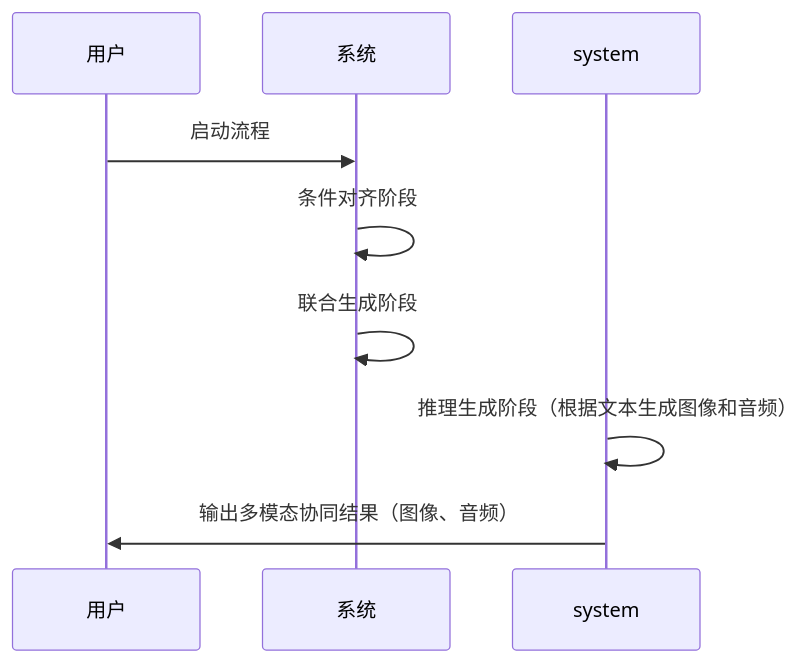
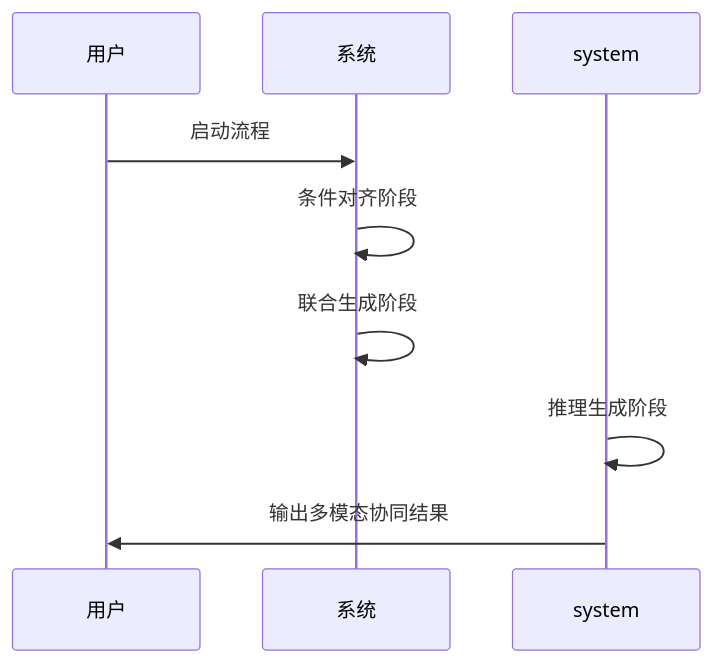
Before and after one commit to Let-9/iodraw-files: the diagram in all/未命名-3.md, drawn with Mermaid.

Commit message:
2024-12-10 11:24:56 update

````diff
--- a/all/未命名-3.md
+++ b/all/未命名-3.md
@@ -1,10 +1,10 @@
 ```mermaid
 sequenceDiagram
     participant 用户 as 用户
     participant 系统 as 系统
     用户 ->> 系统: 启动流程
     系统 ->> 系统: 条件对齐阶段
     系统 ->> 系统: 联合生成阶段
-    system ->> system: 推理生成阶段（根据文本生成图像和音频）
-    system ->> 用户: 输出多模态协同结果（图像、音频）
+    system ->> system: 推理生成阶段
+    system ->> 用户: 输出多模态协同结果
 ```
````
